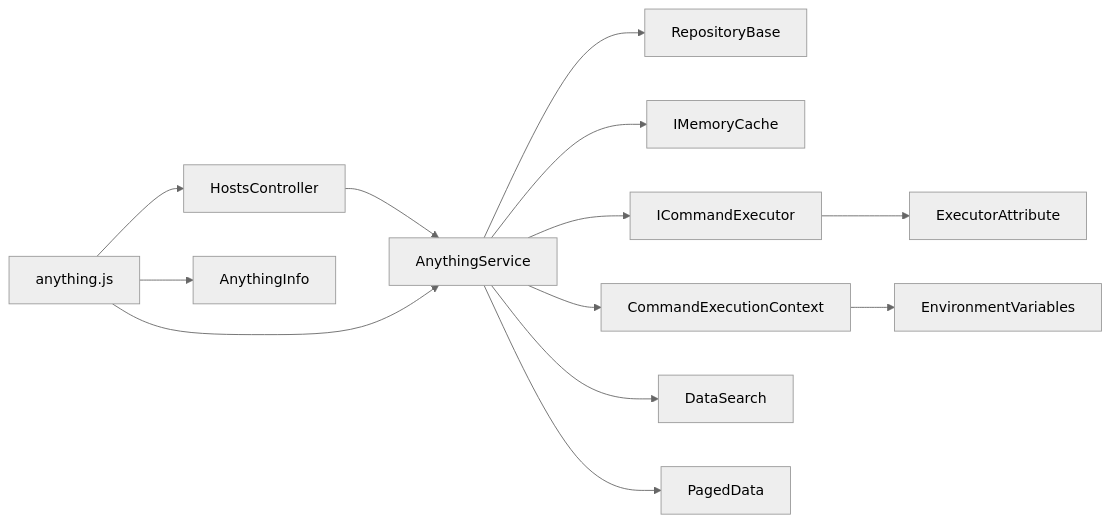
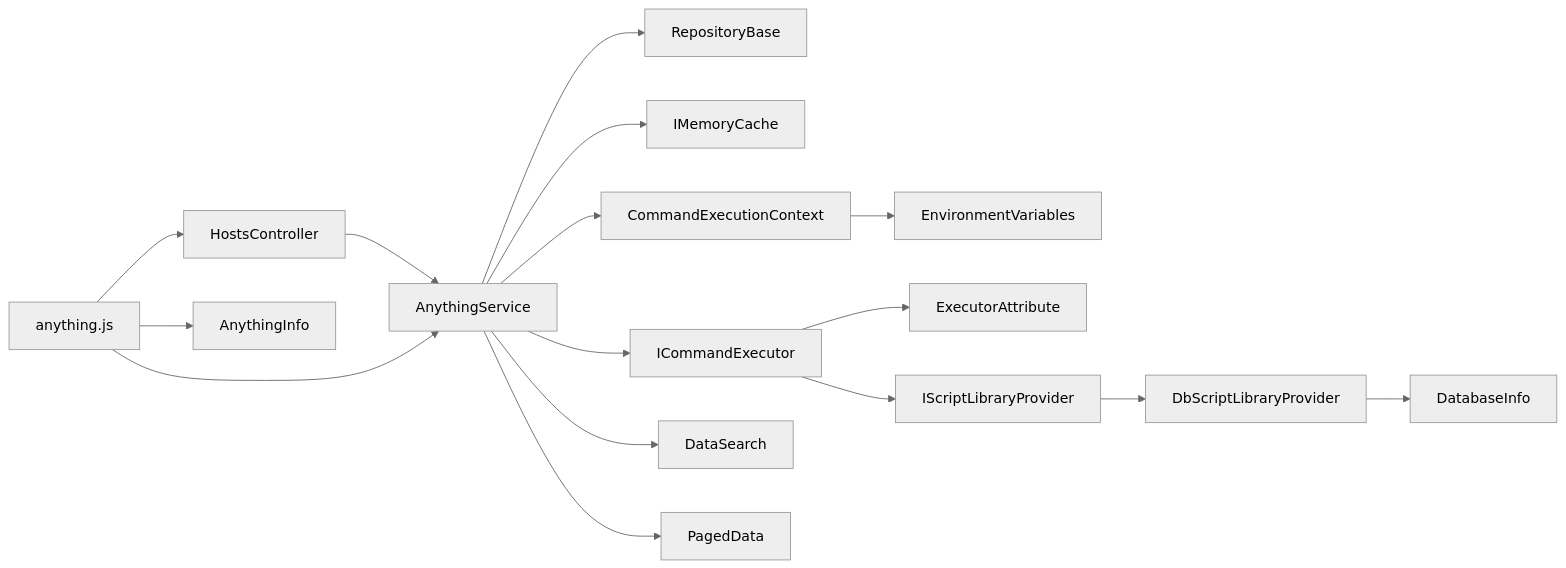
The tenth of 10 diagrams in .qoder/repowiki/zh/content/远程主机管理模块/AnythingService 核心功能.md (Sosososolong/AirGo), drawn with Mermaid (neutral theme) before and after one commit. The commit also changed other lines of this file and 5 other files, not shown here.

````diff
--- a/.qoder/repowiki/zh/content/远程主机管理模块/AnythingService 核心功能.md
+++ b/.qoder/repowiki/zh/content/远程主机管理模块/AnythingService 核心功能.md
@@ -632,15 +756,18 @@
 ```mermaid
 graph LR
 Controller["HostsController"] --> Service["AnythingService"]
 Service --> Repo["RepositoryBase<T>"]
 Service --> Cache["IMemoryCache"]
 Service --> Exec["ICommandExecutor"]
 Service --> Ctx["CommandExecutionContext"]
 Service --> DataSearch["DataSearch"]
 Service --> PagedData["PagedData<T>"]
 Ctx --> EnvVars["EnvironmentVariables"]
 Exec --> Attr["ExecutorAttribute"]
+Exec --> Provider["IScriptLibraryProvider"]
+Provider --> Impl["DbScriptLibraryProvider"]
+Impl --> DB["DatabaseInfo"]
 Frontend["anything.js"] --> Controller
 Frontend --> Service
 Frontend --> AnythingInfo["AnythingInfo"]
 ```
````
